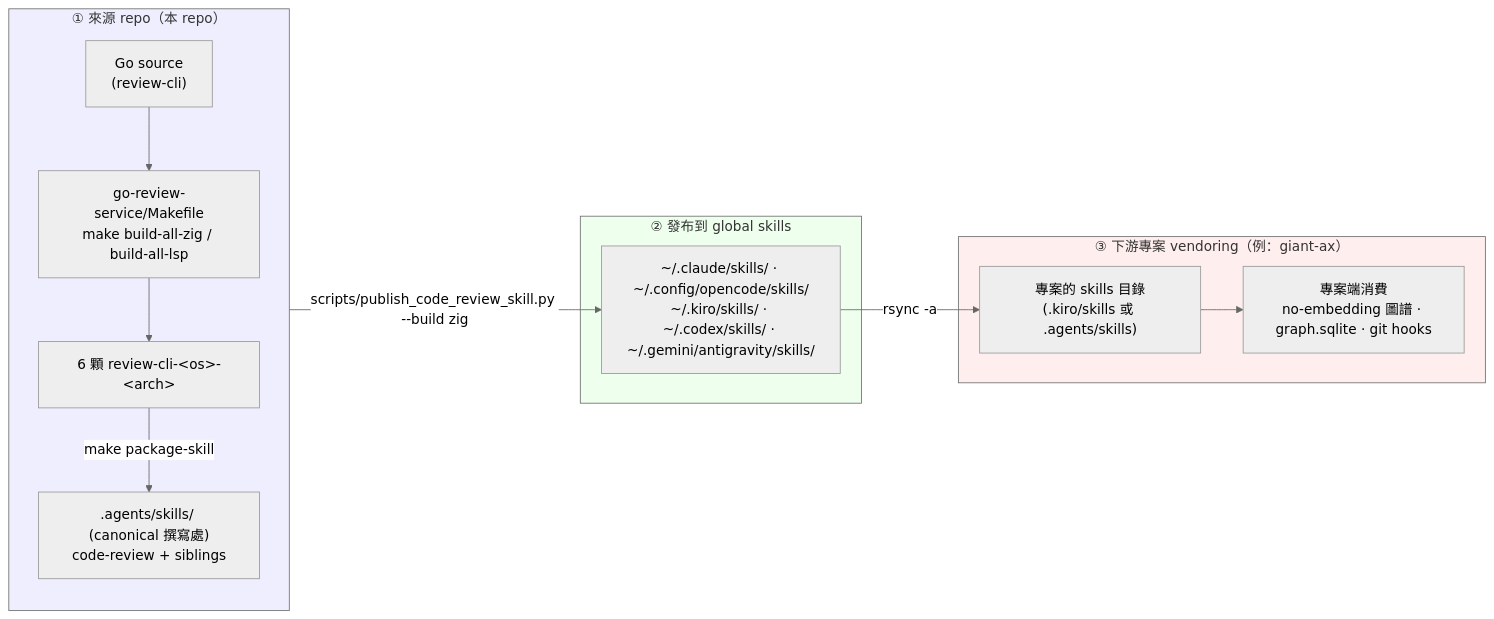
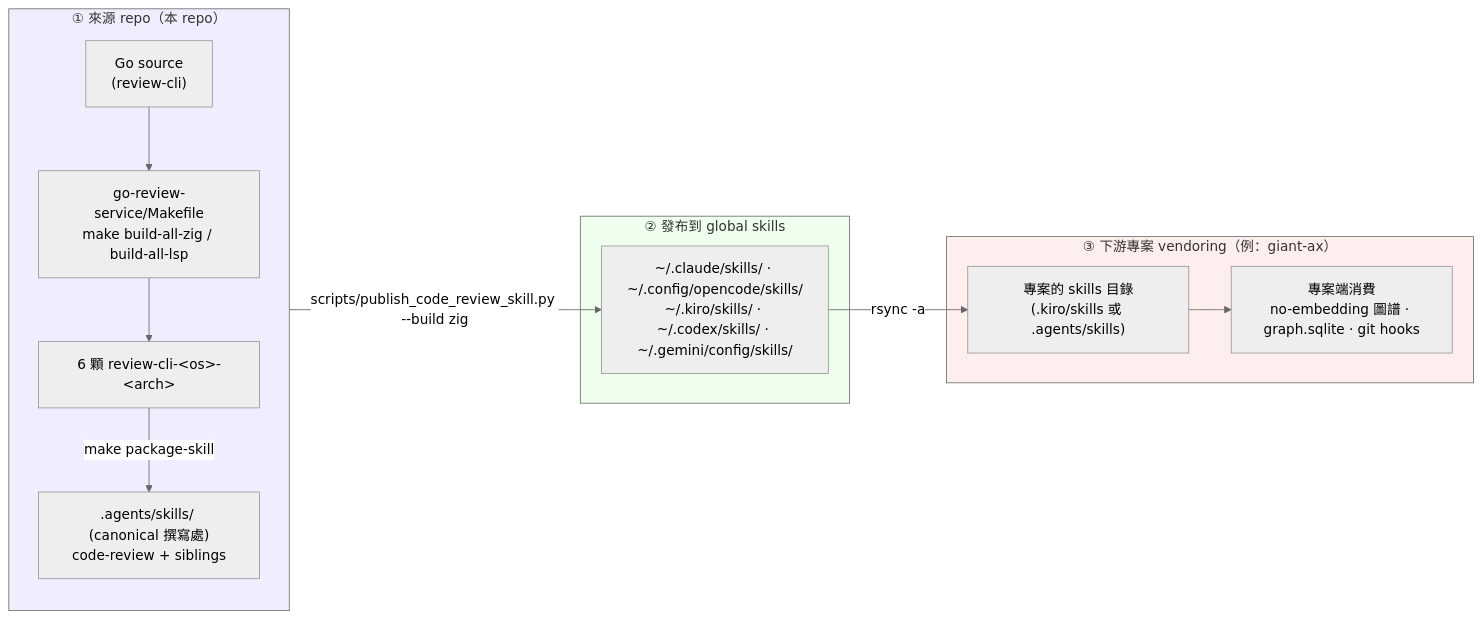
The diagram in skills/code-review/CODE_REVIEW_LINEAGE.md (austinyuch/skills), drawn with Mermaid (neutral theme) before and after one commit. The commit also changed other lines of this file and 40 other files, not shown here.

First line of the commit message:
feat(skills): sync designed skills from opencode workspace

````diff
--- a/skills/code-review/CODE_REVIEW_LINEAGE.md
+++ b/skills/code-review/CODE_REVIEW_LINEAGE.md
@@ -12,28 +12,28 @@
 ```mermaid
 flowchart LR
     subgraph S1["① 來源 repo（本 repo）"]
         direction TB
         SRC["Go source<br/>(review-cli)"]
         MK["go-review-service/Makefile<br/>make build-all-zig / build-all-lsp"]
         SKAUTH[".agents/skills/ (canonical 撰寫處)<br/>code-review + siblings"]
         SRC --> MK --> BIN6["6 顆 review-cli-&lt;os&gt;-&lt;arch&gt;"]
         BIN6 -->|make package-skill| SKAUTH
     end
 
     subgraph S2["② 發布到 global skills"]
-        GLOBAL["~/.claude/skills/ · ~/.config/opencode/skills/<br/>~/.kiro/skills/ · ~/.codex/skills/ · ~/.gemini/antigravity/skills/"]
+        GLOBAL["~/.claude/skills/ · ~/.config/opencode/skills/<br/>~/.kiro/skills/ · ~/.codex/skills/ · ~/.gemini/config/skills/"]
     end
 
     subgraph S3["③ 下游專案 vendoring（例：giant-ax）"]
         VEND["專案的 skills 目錄<br/>(.kiro/skills 或 .agents/skills)"]
         CONSUME["專案端消費<br/>no-embedding 圖譜 · graph.sqlite · git hooks"]
         VEND --> CONSUME
     end
 
     SKAUTH -->|scripts/publish_code_review_skill.py --build zig| GLOBAL
     GLOBAL -->|rsync -a| VEND
 
     style S1 fill:#eef
     style S2 fill:#efe
     style S3 fill:#fee
 ```
````
